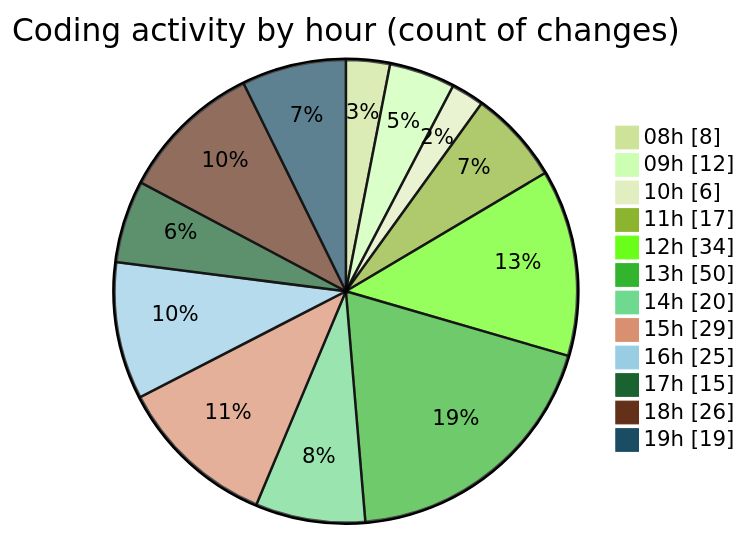
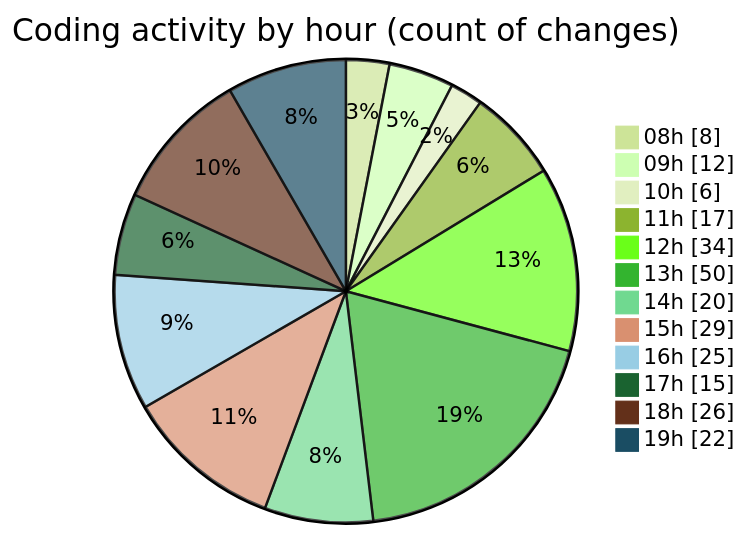
The second of 2 diagrams in 2025-09-15/cda/README.md (momahboobian/code-tracking), drawn with Mermaid (forest theme) before and after one commit. The commit also changed other lines of this file and 1 other file, not shown here.

````diff
--- a/2025-09-15/cda/README.md
+++ b/2025-09-15/cda/README.md
@@ -37,16 +37,16 @@
 ```mermaid
 pie showData
 title Coding activity by hour (count of changes)
 "08h" : 8
 "09h" : 12
 "10h" : 6
 "11h" : 17
 "12h" : 34
 "13h" : 50
 "14h" : 20
 "15h" : 29
 "16h" : 25
 "17h" : 15
 "18h" : 26
-"19h" : 19
+"19h" : 22
 ```
````
